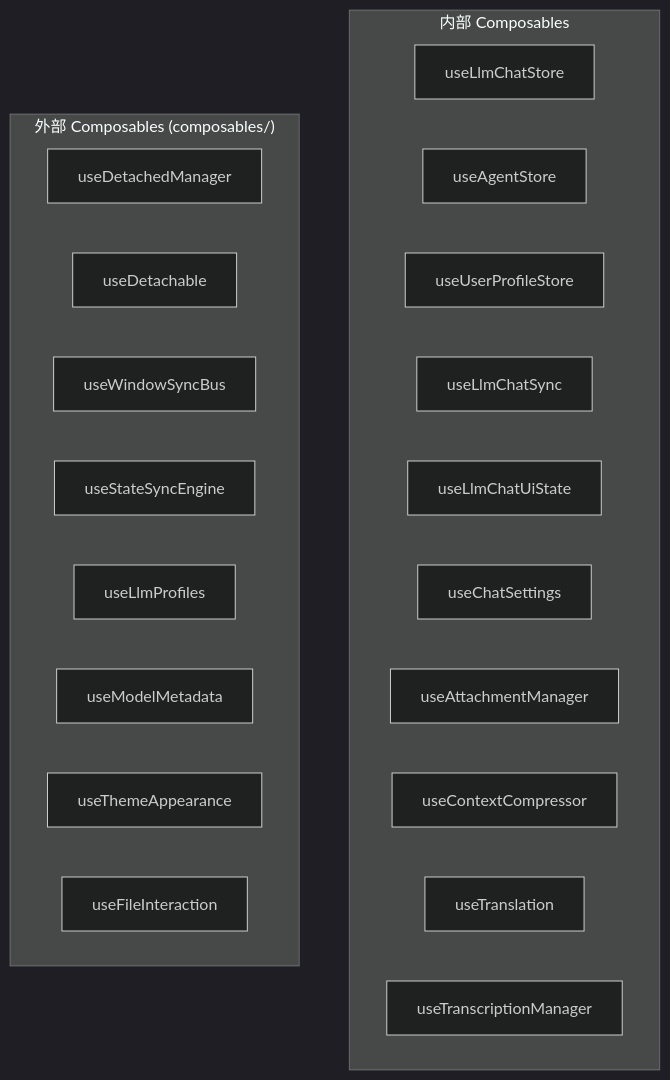
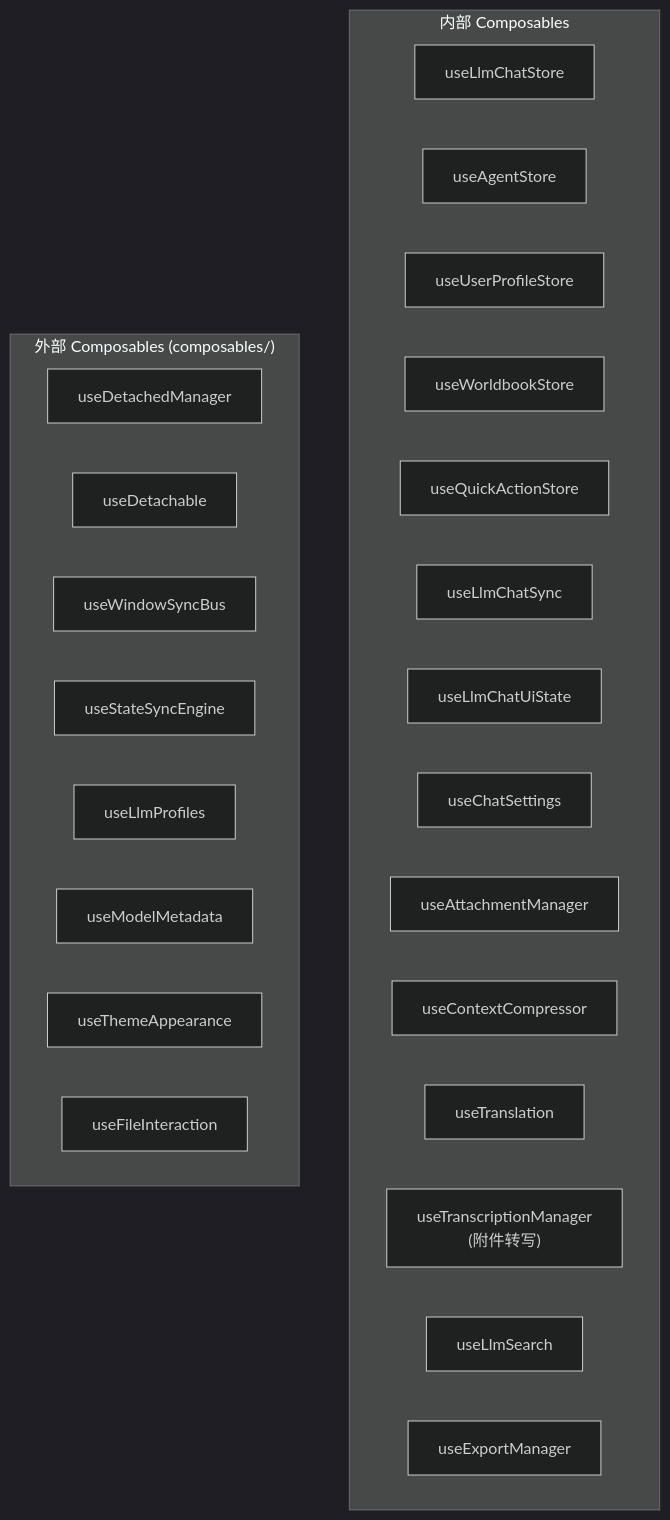
Diagram 13 of 13 in docs/architecture/llm-chat-ui-structure.md (miaotouy/aio-hub), drawn with Mermaid (dark theme) before and after one commit. The commit also changed other lines of this file and 5 other files, not shown here.

First line of the commit message:
docs(architecture): 同步并更新系统架构与组件设计文档

````diff
--- a/docs/architecture/llm-chat-ui-structure.md
+++ b/docs/architecture/llm-chat-ui-structure.md
@@ -503,26 +563,30 @@
 ```mermaid
 flowchart TB
     subgraph Internal["内部 Composables"]
         useLlmChatStore["useLlmChatStore"]
         useAgentStore["useAgentStore"]
         useUserProfileStore["useUserProfileStore"]
+        useWorldbookStore["useWorldbookStore"]
+        useQuickActionStore["useQuickActionStore"]
         useLlmChatSync["useLlmChatSync"]
         useLlmChatUiState["useLlmChatUiState"]
         useChatSettings["useChatSettings"]
         useAttachmentManager["useAttachmentManager"]
         useContextCompressor["useContextCompressor"]
         useTranslation["useTranslation"]
-        useTranscriptionManager["useTranscriptionManager"]
+        useTranscriptionManager["useTranscriptionManager<br/>(附件转写)"]
+        useLlmSearch["useLlmSearch"]
+        useExportManager["useExportManager"]
     end
 
     subgraph External["外部 Composables (composables/)"]
         useDetachedManager["useDetachedManager"]
         useDetachable["useDetachable"]
         useWindowSyncBus["useWindowSyncBus"]
         useStateSyncEngine["useStateSyncEngine"]
         useLlmProfiles["useLlmProfiles"]
         useModelMetadata["useModelMetadata"]
         useThemeAppearance["useThemeAppearance"]
         useFileInteraction["useFileInteraction"]
     end
 ```
````
